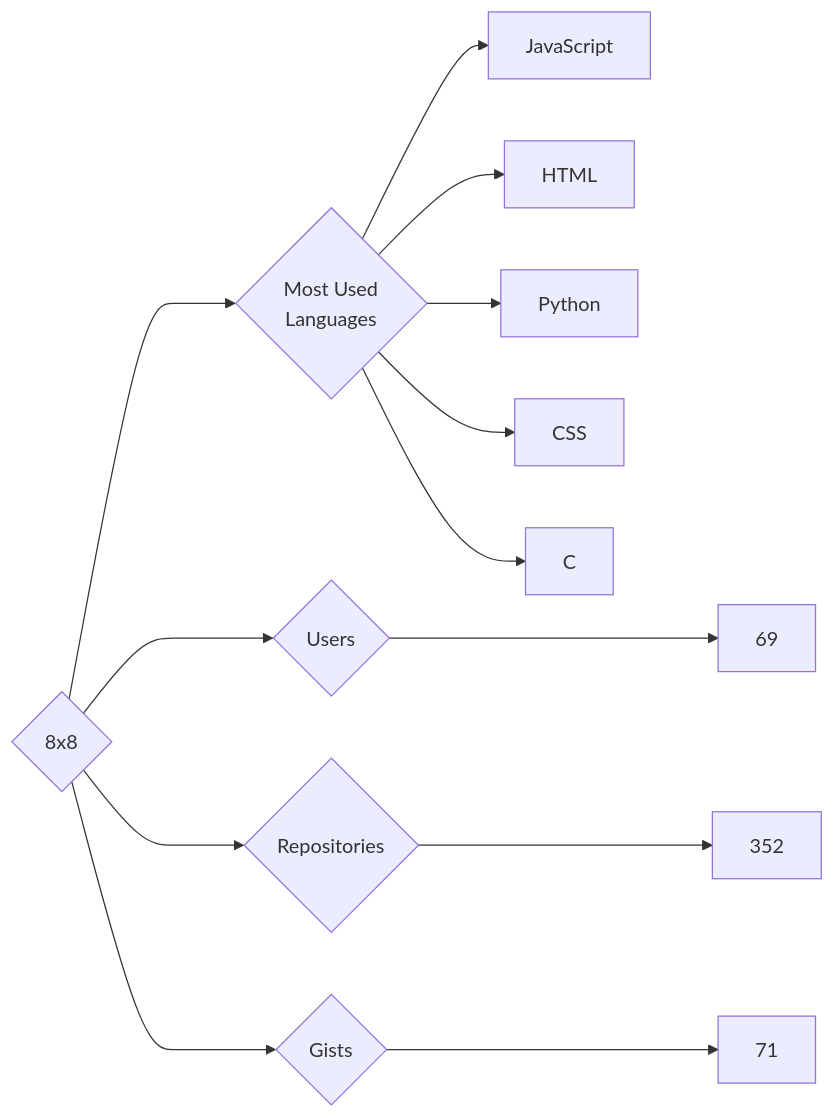
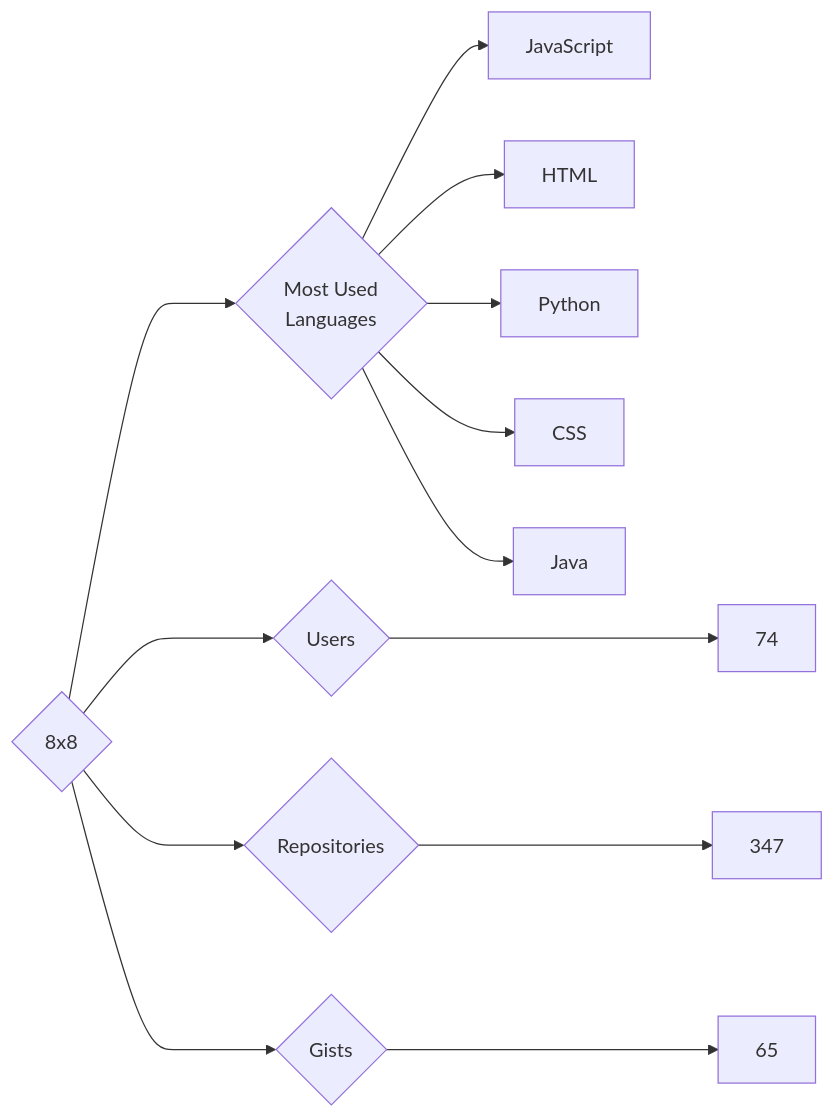
The diagram in targets/8x8/README.md (trickest/insiders), drawn with Mermaid before and after one commit. The commit also changed 1148 other files, not shown here.

````diff
--- a/targets/8x8/README.md
+++ b/targets/8x8/README.md
@@ -3,13 +3,13 @@
 ```mermaid
 graph LR
 COMPANY_NAME{8x8}
-COMPANY_NAME ---> U{Users} ---> UN[69]
-COMPANY_NAME ---> R{Repositories} ---> RN[352]
-COMPANY_NAME ---> G{Gists} ---> GN[71]
+COMPANY_NAME ---> U{Users} ---> UN[74]
+COMPANY_NAME ---> R{Repositories} ---> RN[347]
+COMPANY_NAME ---> G{Gists} ---> GN[65]
 COMPANY_NAME ---> ML{Most Used<br>Languages}
 ML --> JavaScript[JavaScript]
 ML --> HTML[HTML]
 ML --> Python[Python]
 ML --> CSS[CSS]
-ML --> C[C]
+ML --> Java[Java]
 ```
````
